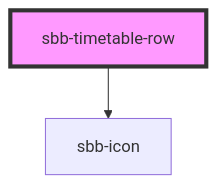
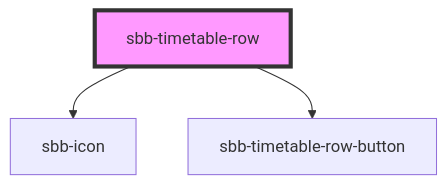
Before and after one commit to sbb-design-systems/lyne-components: the diagram in src/components/sbb-timetable-row/readme.md, drawn with Mermaid. The commit also changed other lines of this file and 16 other files, not shown here.

Commit message:
feat: add interface to sbb-timetable-row

````diff
--- a/src/components/sbb-timetable-row/readme.md
+++ b/src/components/sbb-timetable-row/readme.md
@@ -24,5 +45,6 @@
 ```mermaid
 graph TD;
   sbb-timetable-row --> sbb-icon
+  sbb-timetable-row --> sbb-timetable-row-button
   style sbb-timetable-row fill:#f9f,stroke:#333,stroke-width:4px
 ```
````
